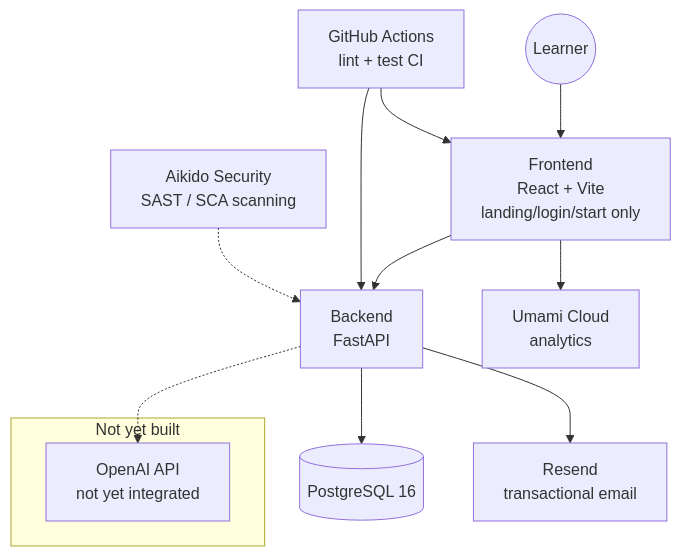
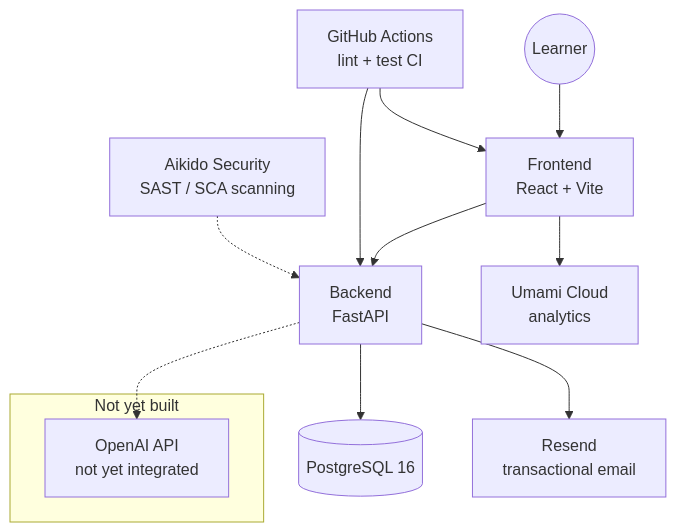
One commit to berndloeffeld/sks-lotse changed the diagram in docs/ARCHITECTURE.md. Above: the diagram before and after it, drawn with Mermaid. The commit also changed other lines of this file and 6 other files, not shown here.

````diff
--- a/docs/ARCHITECTURE.md
+++ b/docs/ARCHITECTURE.md
@@ -7,25 +7,25 @@
 ```mermaid
 graph TB
     subgraph "Not yet built"
         OpenAI[OpenAI API<br/>not yet integrated]
     end
 
     Learner((Learner))
-    Frontend[Frontend<br/>React + Vite<br/>landing/login/start only]
+    Frontend[Frontend<br/>React + Vite]
     Backend[Backend<br/>FastAPI]
     DB[(PostgreSQL 16)]
     Resend[Resend<br/>transactional email]
     Umami[Umami Cloud<br/>analytics]
     Aikido[Aikido Security<br/>SAST / SCA scanning]
     GHA[GitHub Actions<br/>lint + test CI]
 
     Learner --> Frontend
     Frontend --> Backend
     Frontend --> Umami
     Backend --> DB
     Backend --> Resend
     Backend -.-> OpenAI
     GHA --> Backend
     GHA --> Frontend
     Aikido -.-> Backend
 ```
````
